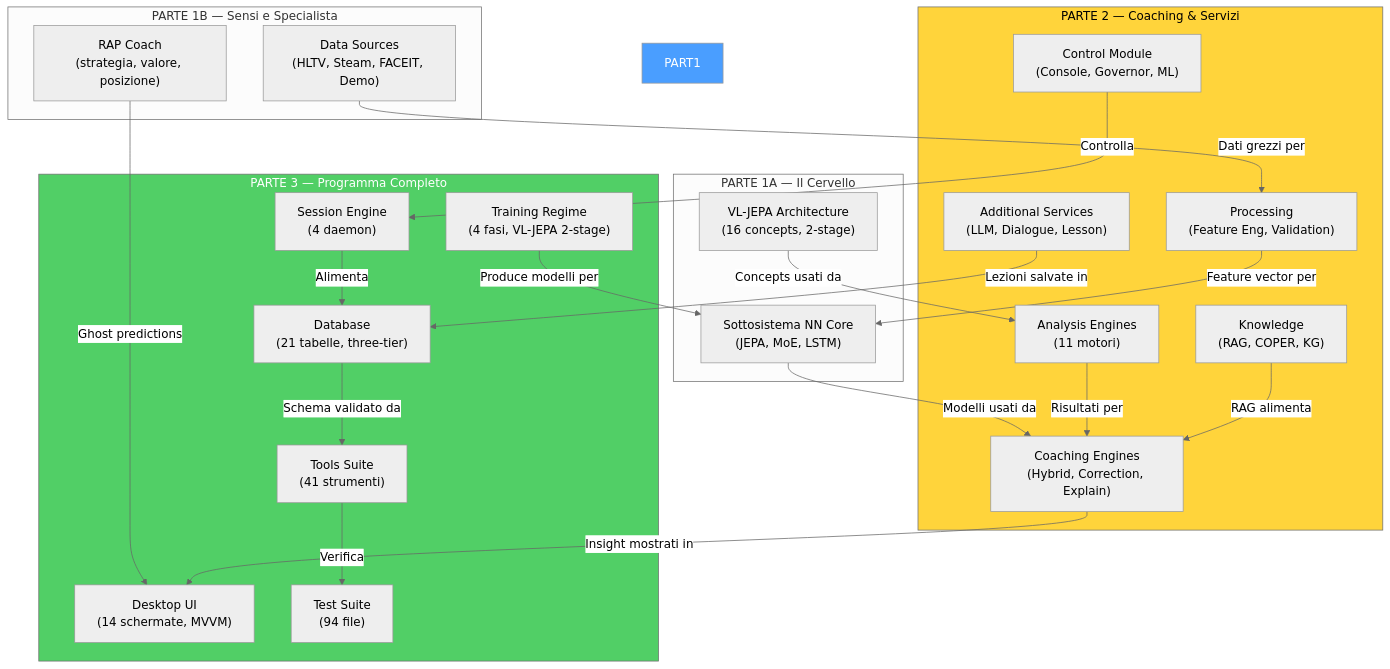
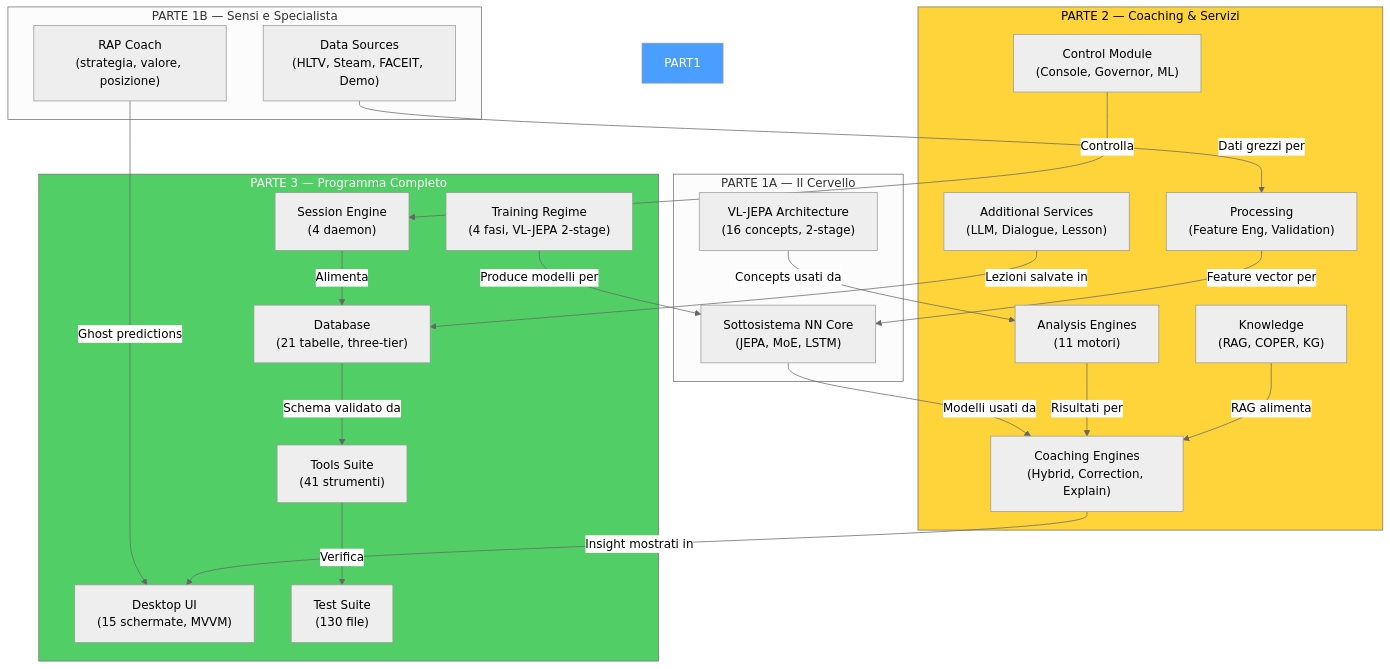
Before and after one commit to renanaugustomacena-ux/Counter-Strike-coach-AI: diagram 53 of 53 in docs/books/Book-Coach-3.md, drawn with Mermaid (neutral theme). The commit also changed other lines of this file and 2 other files, not shown here.

First line of the commit message:
docs: update Book-Coach-3 trilogy — remove Kivy, fix screen/test counts

````diff
--- a/docs/books/Book-Coach-3.md
+++ b/docs/books/Book-Coach-3.md
@@ -3038,46 +2954,46 @@
 ```mermaid
 flowchart TB
     subgraph PART1A["PARTE 1A — Il Cervello"]
         P1_NN["Sottosistema NN Core<br/>(JEPA, MoE, LSTM)"]
         P1_VL["VL-JEPA Architecture<br/>(16 concepts, 2-stage)"]
     end
     subgraph PART1B["PARTE 1B — Sensi e Specialista"]
         P1_RAP["RAP Coach<br/>(strategia, valore, posizione)"]
         P1_DS["Data Sources<br/>(HLTV, Steam, FACEIT, Demo)"]
     end
     subgraph PART2["PARTE 2 — Coaching & Servizi"]
         P2_CE["Coaching Engines<br/>(Hybrid, Correction, Explain)"]
         P2_SV["Additional Services<br/>(LLM, Dialogue, Lesson)"]
         P2_AN["Analysis Engines<br/>(11 motori)"]
         P2_KN["Knowledge<br/>(RAG, COPER, KG)"]
         P2_PR["Processing<br/>(Feature Eng, Validation)"]
         P2_CT["Control Module<br/>(Console, Governor, ML)"]
     end
     subgraph PART3["PARTE 3 — Programma Completo"]
         P3_DB["Database<br/>(21 tabelle, three-tier)"]
         P3_TR["Training Regime<br/>(4 fasi, VL-JEPA 2-stage)"]
-        P3_UI["Desktop UI<br/>(14 schermate, MVVM)"]
+        P3_UI["Desktop UI<br/>(15 schermate, MVVM)"]
         P3_SE["Session Engine<br/>(4 daemon)"]
         P3_TL["Tools Suite<br/>(41 strumenti)"]
-        P3_TS["Test Suite<br/>(94 file)"]
+        P3_TS["Test Suite<br/>(130 file)"]
     end
 
     P1_NN -->|"Modelli usati da"| P2_CE
     P1_VL -->|"Concepts usati da"| P2_AN
     P1_RAP -->|"Ghost predictions"| P3_UI
     P1_DS -->|"Dati grezzi per"| P2_PR
     P2_CE -->|"Insight mostrati in"| P3_UI
     P2_SV -->|"Lezioni salvate in"| P3_DB
     P2_AN -->|"Risultati per"| P2_CE
     P2_KN -->|"RAG alimenta"| P2_CE
     P2_PR -->|"Feature vector per"| P1_NN
     P2_CT -->|"Controlla"| P3_SE
     P3_DB -->|"Schema validato da"| P3_TL
     P3_TR -->|"Produce modelli per"| P1_NN
     P3_SE -->|"Alimenta"| P3_DB
     P3_TL -->|"Verifica"| P3_TS
 
     style PART1 fill:#4a9eff,color:#fff
     style PART2 fill:#ffd43b,color:#000
     style PART3 fill:#51cf66,color:#fff
 ```
````
